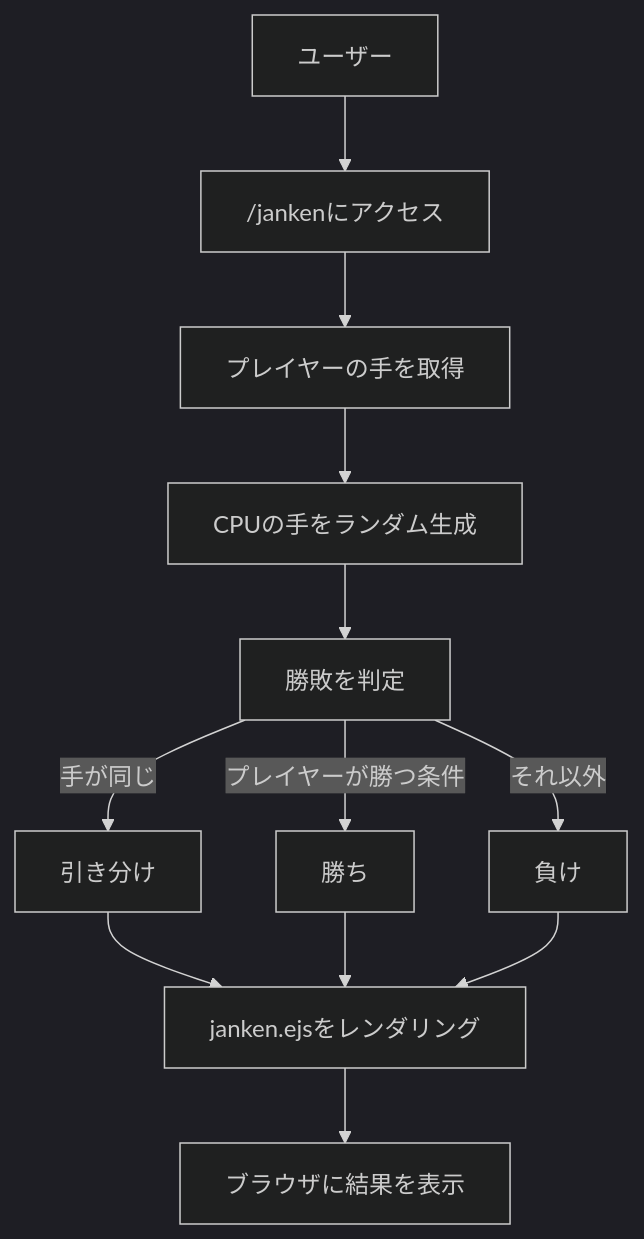
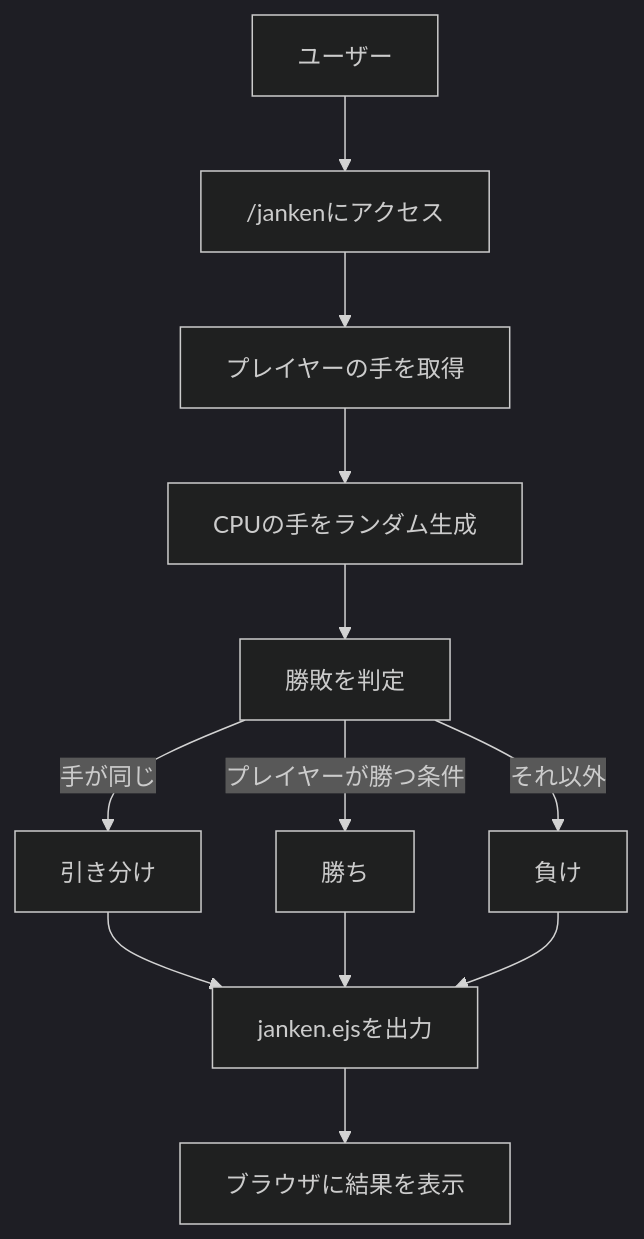
Before and after one commit to OzekiSouichirou/webpro_06: the fourth of 6 diagrams in README.md, drawn with Mermaid (dark theme). The commit also changed other lines of this file and 1 other file, not shown here.

````diff
--- a/README.md
+++ b/README.md
@@ -122,14 +122,14 @@
 ```mermaid
 flowchart TD;
 ユーザー --> /jankenにアクセス;
 /jankenにアクセス --> プレイヤーの手を取得;
 プレイヤーの手を取得 --> CPUの手をランダム生成;
 CPUの手をランダム生成 --> 勝敗を判定;
 勝敗を判定 -->|手が同じ| 引き分け;
 勝敗を判定 -->|プレイヤーが勝つ条件| 勝ち;
 勝敗を判定 -->|それ以外| 負け;
-引き分け --> janken.ejsをレンダリング;
-勝ち --> janken.ejsをレンダリング;
-負け --> janken.ejsをレンダリング;
-janken.ejsをレンダリング --> ブラウザに結果を表示;
+引き分け --> janken.ejsを出力;
+勝ち --> janken.ejsを出力;
+負け --> janken.ejsを出力;
+janken.ejsを出力 --> ブラウザに結果を表示;
 ```
````
